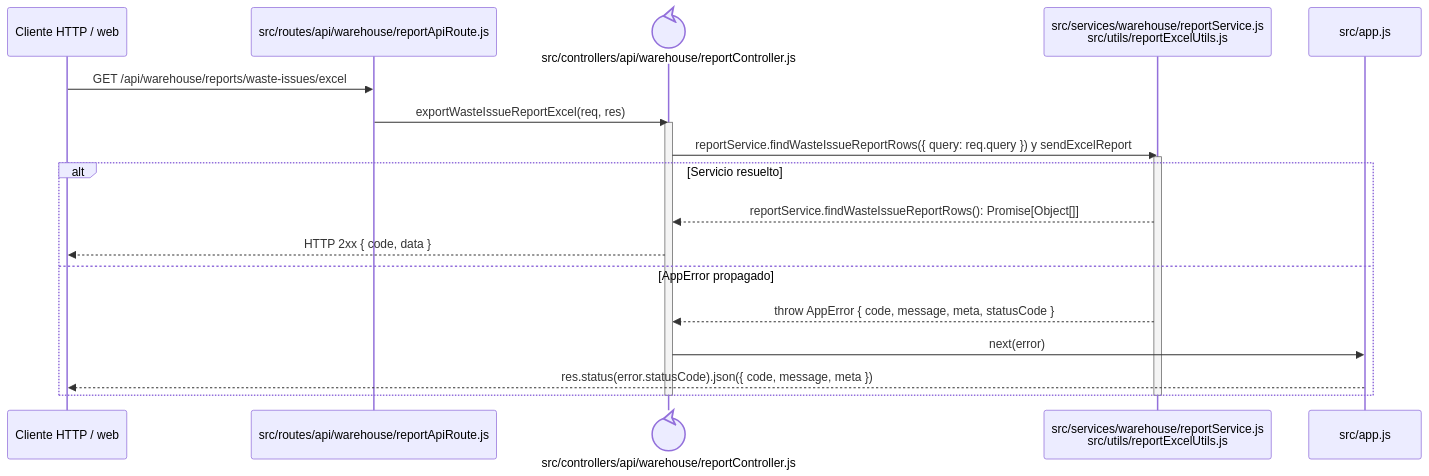
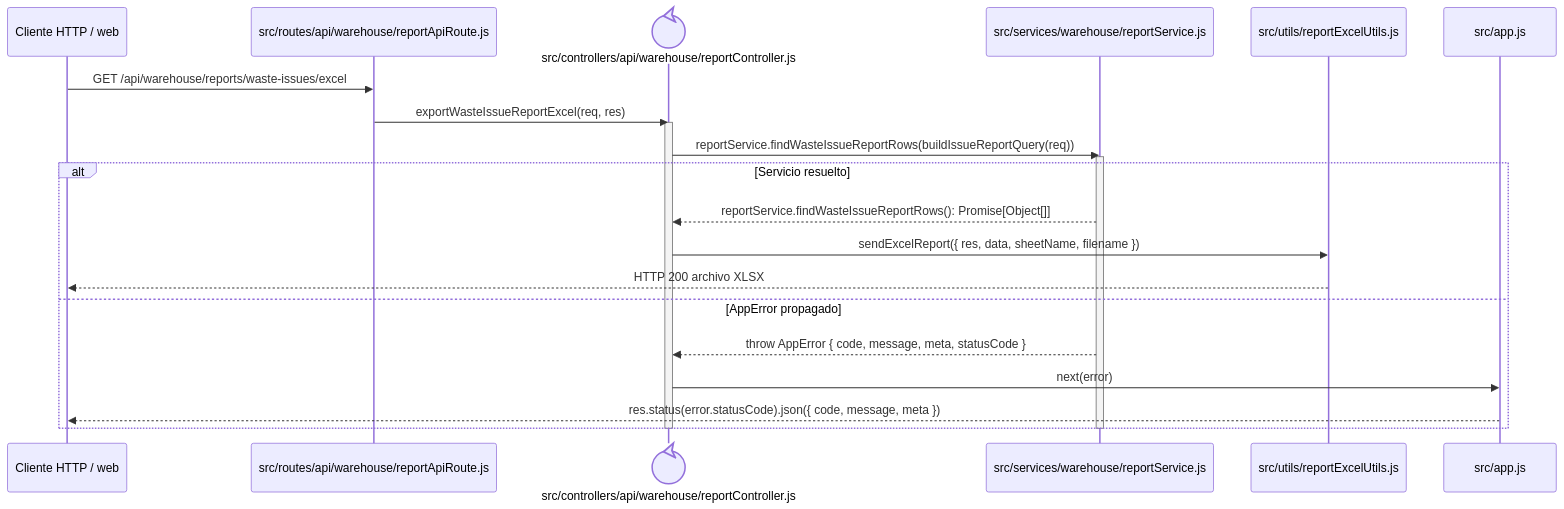
The diagram in docs/architecture/backend-code-sequences/issues/cu-sal-14.md (gpgsistemas01/nexus), drawn with Mermaid before and after one commit. The commit also changed 22 other files, not shown here.

````diff
--- a/docs/architecture/backend-code-sequences/issues/cu-sal-14.md
+++ b/docs/architecture/backend-code-sequences/issues/cu-sal-14.md
@@ -6,24 +6,26 @@
 ```mermaid
 sequenceDiagram
     participant Client as Cliente HTTP / web
     participant Route as src/routes/api/warehouse/reportApiRoute.js
     participant Controller@{ "type": "control" } as src/controllers/api/warehouse/reportController.js
-    participant Domain as src/services/warehouse/reportService.js<br/>src/utils/reportExcelUtils.js
+    participant Query as src/services/warehouse/reportService.js
+    participant Excel as src/utils/reportExcelUtils.js
     participant ErrorHandler as src/app.js
 
     Client->>Route: GET /api/warehouse/reports/waste-issues/excel
     Route->>Controller: exportWasteIssueReportExcel(req, res)
     activate Controller
-    Controller->>Domain: reportService.findWasteIssueReportRows({ query: req.query }) y sendExcelReport
-    activate Domain
+    Controller->>Query: reportService.findWasteIssueReportRows(buildIssueReportQuery(req))
+    activate Query
     alt Servicio resuelto
-        Domain-->>Controller: reportService.findWasteIssueReportRows(): Promise[Object[]]
-        Controller-->>Client: HTTP 2xx { code, data }
+        Query-->>Controller: reportService.findWasteIssueReportRows(): Promise[Object[]]
+        Controller->>Excel: sendExcelReport({ res, data, sheetName, filename })
+        Excel-->>Client: HTTP 200 archivo XLSX
     else AppError propagado
-        Domain-->>Controller: throw AppError { code, message, meta, statusCode }
+        Query-->>Controller: throw AppError { code, message, meta, statusCode }
         Controller->>ErrorHandler: next(error)
         ErrorHandler-->>Client: res.status(error.statusCode).json({ code, message, meta })
     end
-    deactivate Domain
+    deactivate Query
     deactivate Controller
 ```
````
